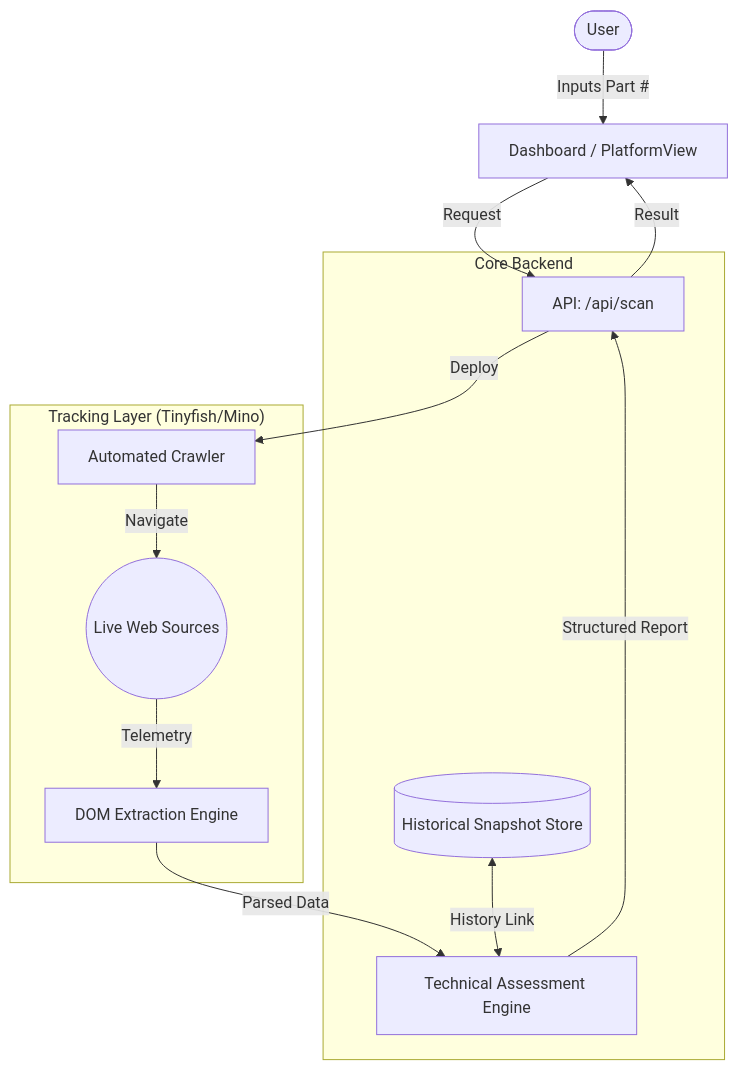
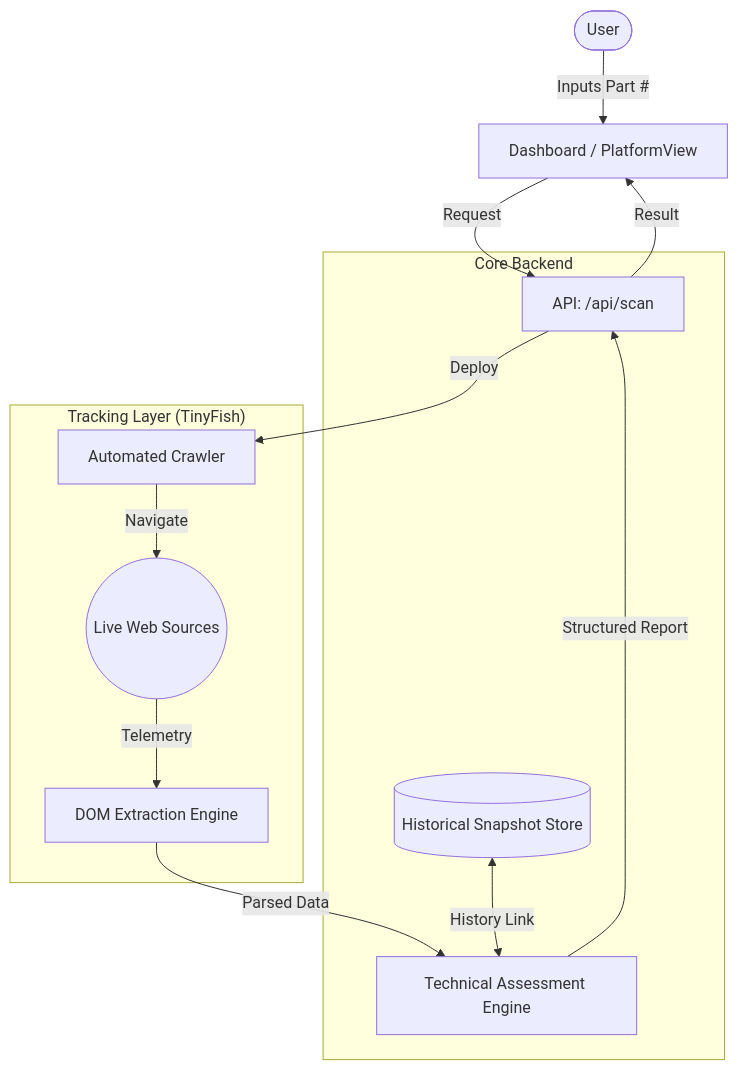
The first of 4 diagrams in silicon-signal/README.md (tinyfish-io/TinyFish-cookbook), drawn with Mermaid before and after one commit. The commit also changed other lines of this file, not shown here.

Commit message:
Replace Puppeteer with TinyFish run-sse, align API payload, add diagrams

````diff
--- a/silicon-signal/README.md
+++ b/silicon-signal/README.md
@@ -32,25 +79,25 @@
 ```mermaid
 graph TD
     User([User]) -->|Inputs Part #| DP[Dashboard / PlatformView]
     
     subgraph "Core Backend"
         API[API: /api/scan]
         Store[(Historical Snapshot Store)]
         Engine[Technical Assessment Engine]
     end
 
-    subgraph "Tracking Layer (Tinyfish/Mino)"
+    subgraph "Tracking Layer (TinyFish)"
         Crawler[Automated Crawler]
         DOM[DOM Extraction Engine]
         Sources((Live Web Sources))
     end
 
     DP -->|Request| API
     API -->|Deploy| Crawler
     Crawler -->|Navigate| Sources
     Sources -->|Telemetry| DOM
     DOM -->|Parsed Data| Engine
     Store <-->|History Link| Engine
     Engine -->|Structured Report| API
     API -->|Result| DP
 ```
````
